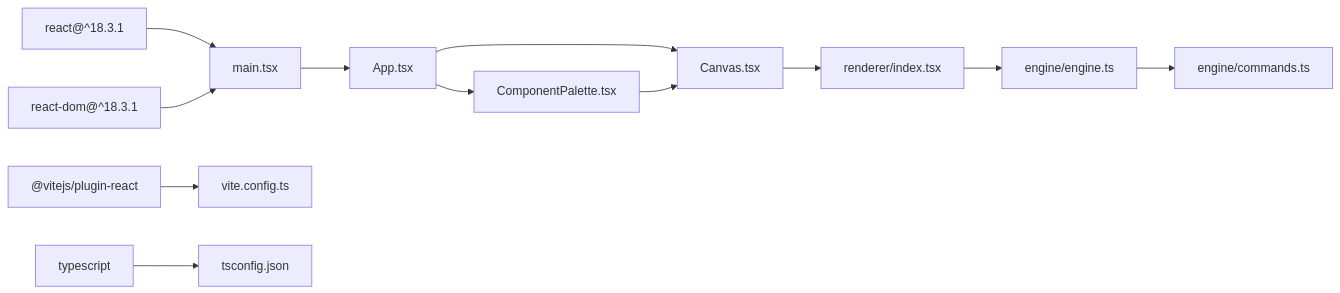
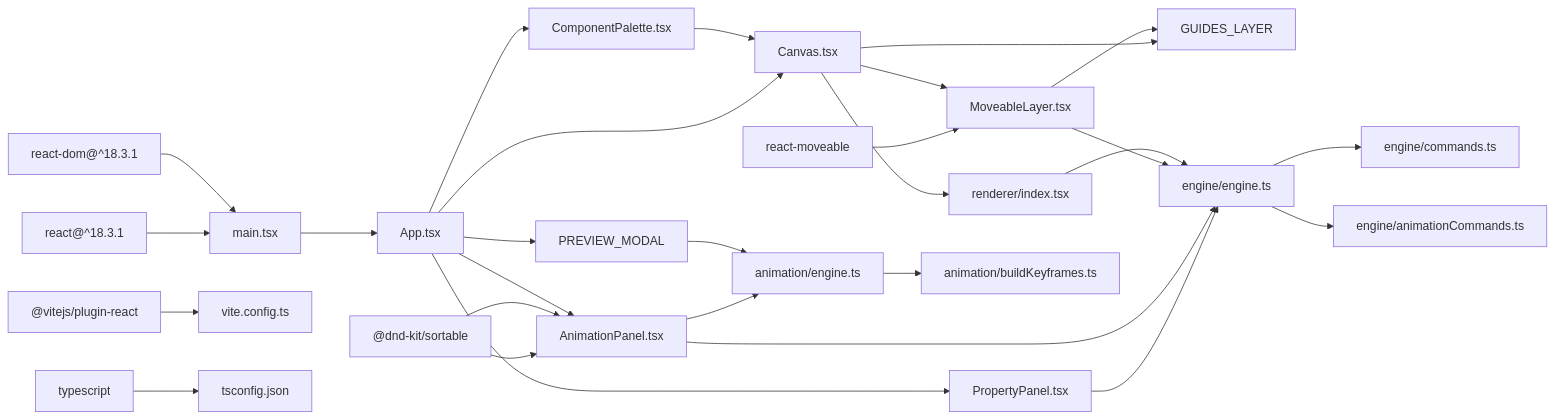
Before and after one commit to Anna0314zy/ai_editor_enginer: the third of 3 diagrams in .qoder/repowiki/en/content/User Interface Components.md, drawn with Mermaid. The commit also changed other lines of this file and 10 other files, not shown here.

````diff
--- a/.qoder/repowiki/en/content/User Interface Components.md
+++ b/.qoder/repowiki/en/content/User Interface Components.md
@@ -281,14 +486,30 @@
 ```mermaid
 graph LR
 REACT["react@^18.3.1"] --> MAIN["main.tsx"]
 REACTDOM["react-dom@^18.3.1"] --> MAIN
+VITE["@vitejs/plugin-react"] --> CONFIG["vite.config.ts"]
+TYPESCRIPT["typescript"] --> TSCONFIG["tsconfig.json"]
+DNDKIT["@dnd-kit/core"] --> ANIMATION_PANEL["AnimationPanel.tsx"]
+DNDKIT["@dnd-kit/sortable"] --> ANIMATION_PANEL
+REACTMOVEABLE["react-moveable"] --> MOVEABLE_LAYER["MoveableLayer.tsx"]
 MAIN --> APP["App.tsx"]
 APP --> PALETTE["ComponentPalette.tsx"]
 APP --> CANVAS["Canvas.tsx"]
+APP --> PROPERTY_PANEL["PropertyPanel.tsx"]
+APP --> ANIMATION_PANEL
+APP --> PREVIEW_MODAL
+CANVAS --> MOVEABLE_LAYER
+CANVAS --> GUIDES_LAYER
 CANVAS --> RENDERER["renderer/index.tsx"]
 PALETTE --> CANVAS
-RENDERER --> ENGINE["engine/engine.ts"]
+PROPERTY_PANEL --> ENGINE["engine/engine.ts"]
+ANIMATION_PANEL --> ENGINE
+ANIMATION_PANEL --> ANIMATION_ENGINE["animation/engine.ts"]
+PREVIEW_MODAL --> ANIMATION_ENGINE
+MOVEABLE_LAYER --> ENGINE
+MOVEABLE_LAYER --> GUIDES_LAYER
+RENDERER --> ENGINE
 ENGINE --> COMMANDS["engine/commands.ts"]
-VITE["@vitejs/plugin-react"] --> CONFIG["vite.config.ts"]
-TYPESCRIPT["typescript"] --> TSCONFIG["tsconfig.json"]
+ENGINE --> ANIMATION_COMMANDS["engine/animationCommands.ts"]
+ANIMATION_ENGINE --> BUILD_KEYFRAMES["animation/buildKeyframes.ts"]
 ```
````
